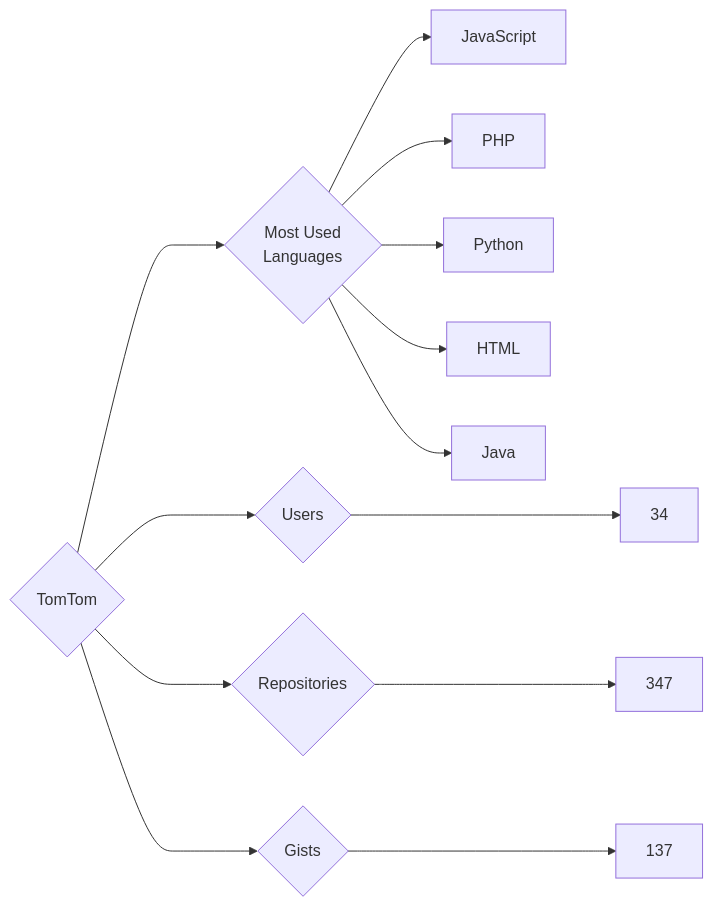
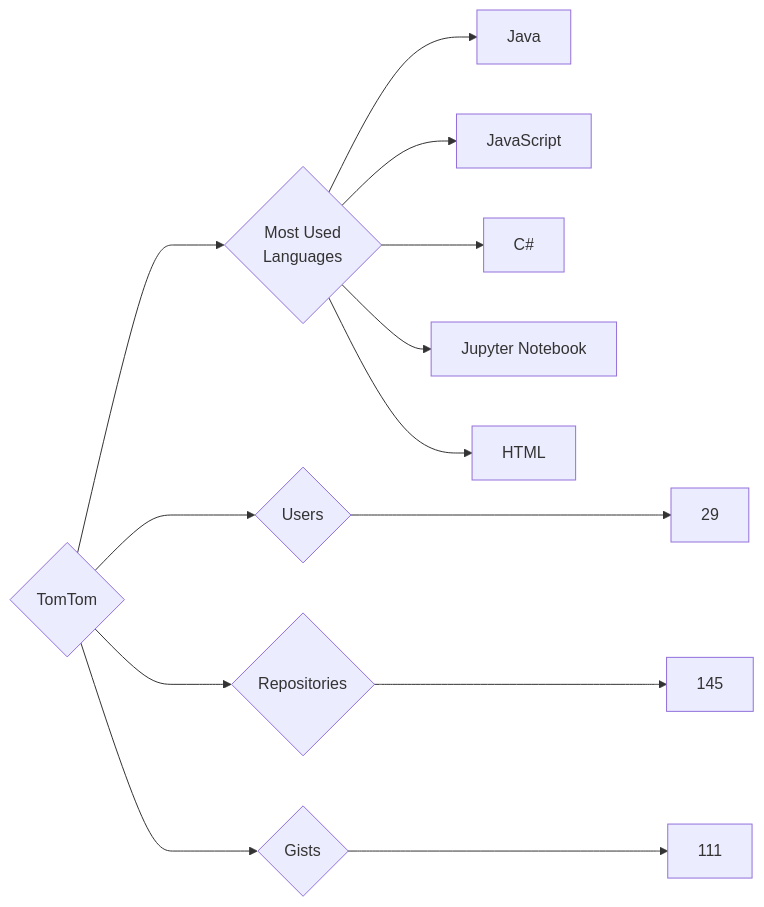
The diagram in targets/TomTom/README.md (trickest/insiders), drawn with Mermaid before and after one commit. The commit also changed 870 other files, not shown here.

````diff
--- a/targets/TomTom/README.md
+++ b/targets/TomTom/README.md
@@ -3,13 +3,13 @@
 ```mermaid
 graph LR
 COMPANY_NAME{TomTom}
-COMPANY_NAME ---> U{Users} ---> UN[34]
-COMPANY_NAME ---> R{Repositories} ---> RN[347]
-COMPANY_NAME ---> G{Gists} ---> GN[137]
+COMPANY_NAME ---> U{Users} ---> UN[29]
+COMPANY_NAME ---> R{Repositories} ---> RN[145]
+COMPANY_NAME ---> G{Gists} ---> GN[111]
 COMPANY_NAME ---> ML{Most Used<br>Languages}
+ML --> Java[Java]
 ML --> JavaScript[JavaScript]
-ML --> PHP[PHP]
-ML --> Python[Python]
+ML --> C#[C#]
+ML --> Jupyter_Notebook[Jupyter Notebook]
 ML --> HTML[HTML]
-ML --> Java[Java]
 ```
````
